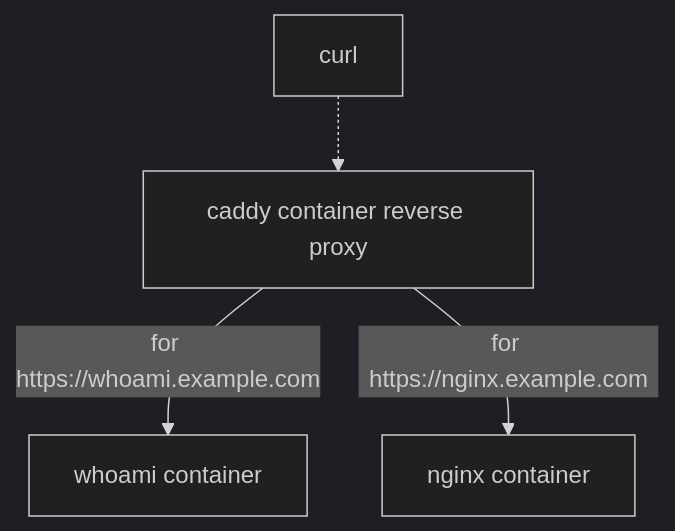
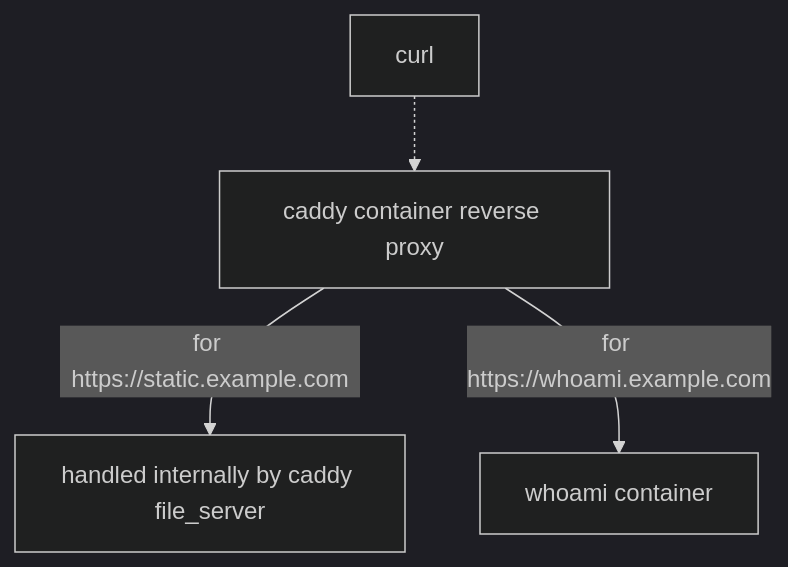
The diagram in examples/example4/README.md (eriksjolund/podman-caddy-socket-activation), drawn with Mermaid (dark theme) before and after one commit. The commit also changed other lines of this file and 5 other files, not shown here.

Commit message:
example4: Add volumes. Replace nginx with static file server

````diff
--- a/examples/example4/README.md
+++ b/examples/example4/README.md
@@ -7,7 +7,7 @@
 ``` mermaid
 graph TB
 
     a1[curl] -.->a2[caddy container reverse proxy]
-    a2 -->|"for https&colon;//whoami.example.com"| a3["whoami container"]
-    a2 -->|"for https&colon;//nginx.example.com"| a4["nginx container"]
+    a2 -->|"for https&colon;//static.example.com"| a3["handled internally by caddy file_server"]
+    a2 -->|"for https&colon;//whoami.example.com"| a4["whoami container"]
 ```
````
